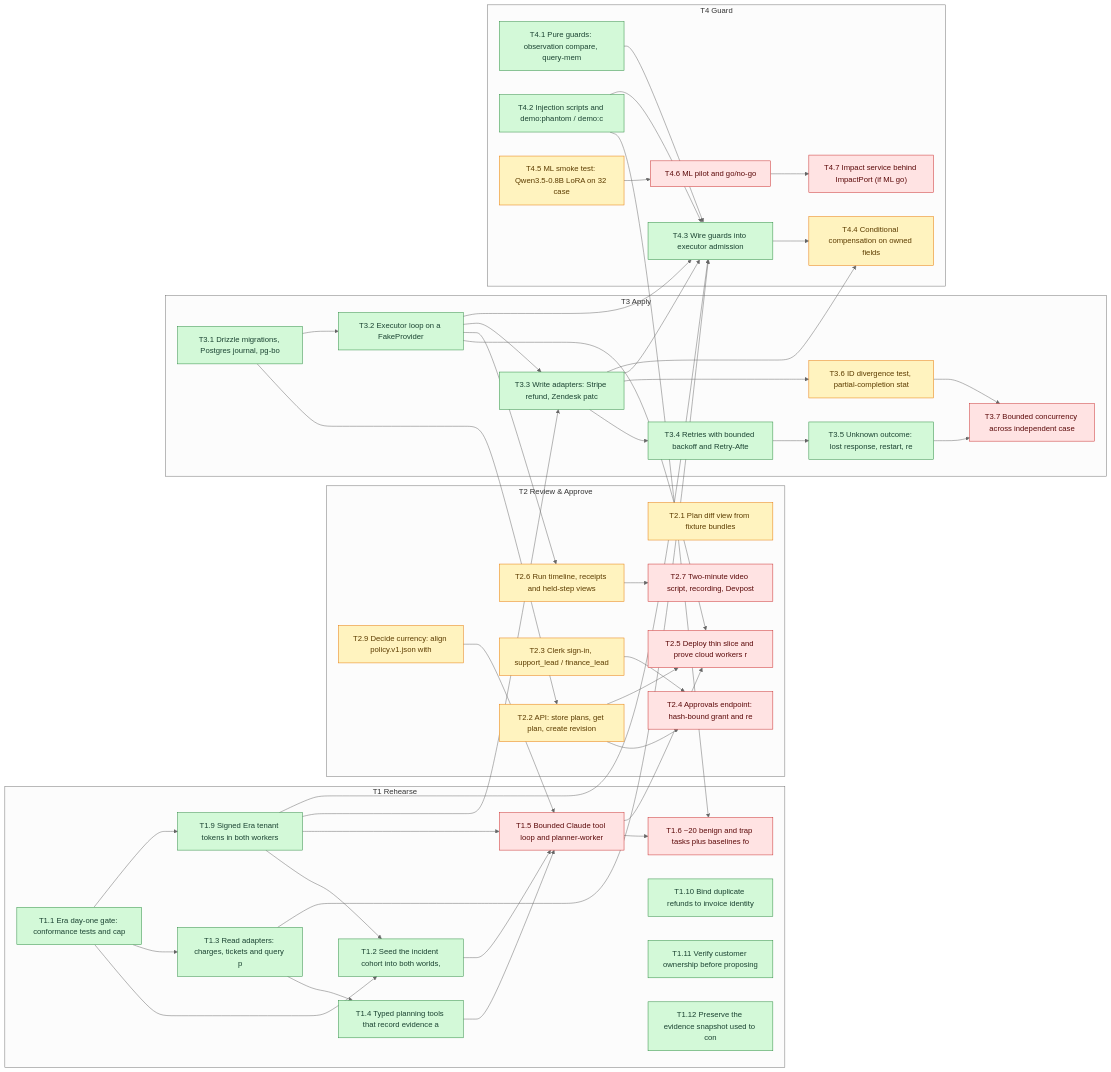
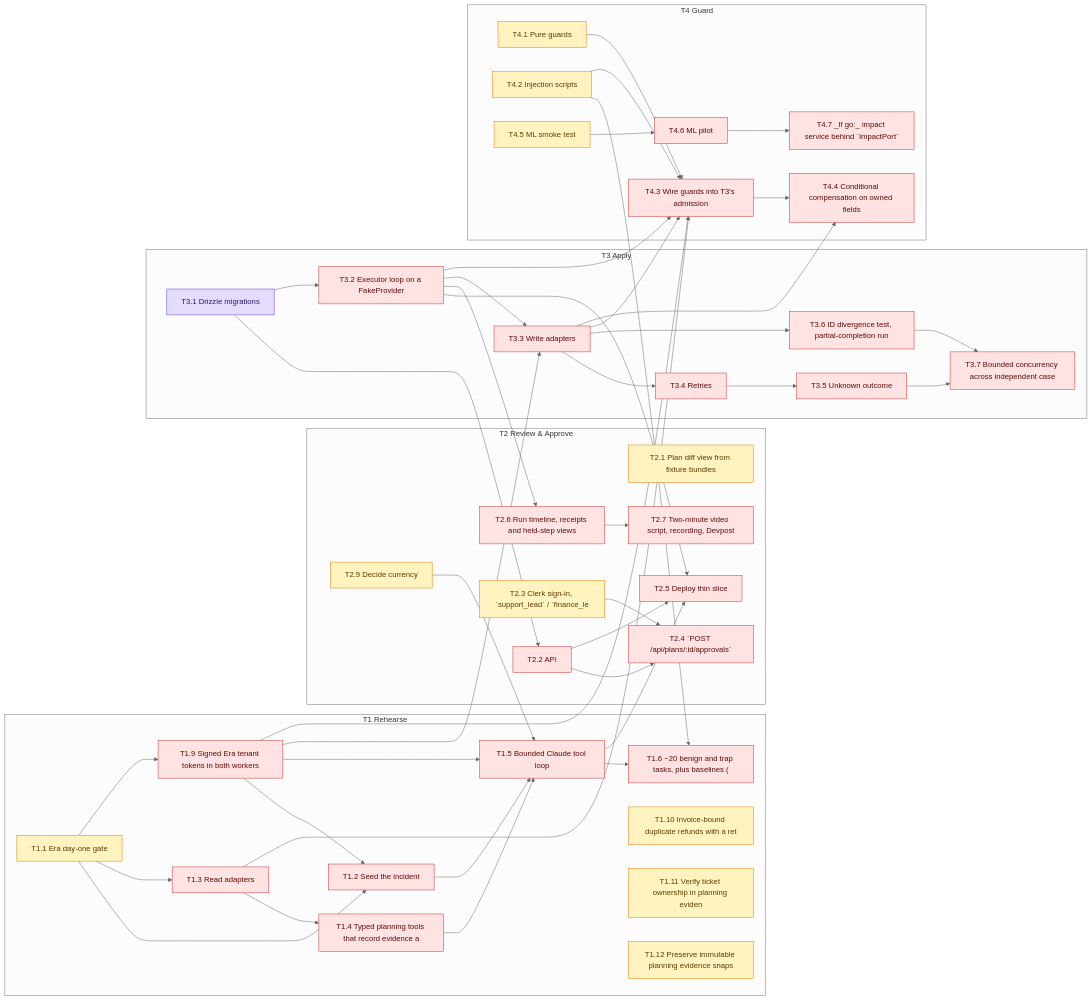
Before and after one commit to SoroushRF/Rehearsal: the diagram in BLOCKERS.md, drawn with Mermaid (neutral theme). The commit also changed other lines of this file, not shown here.

```diff
--- a/BLOCKERS.md
+++ b/BLOCKERS.md
@@ -92,44 +92,44 @@
   classDef ready fill:#fff3bf,stroke:#e67700,color:#5c3c00
   classDef blocked fill:#ffe3e3,stroke:#c92a2a,color:#5c0a0a
   subgraph T1[T1 Rehearse]
-    T1_1["T1.1 Era day-one gate: conformance tests and cap"]:::done
-    T1_2["T1.2 Seed the incident cohort into both worlds, "]:::done
-    T1_3["T1.3 Read adapters: charges, tickets and query p"]:::done
-    T1_4["T1.4 Typed planning tools that record evidence a"]:::done
-    T1_5["T1.5 Bounded Claude tool loop and planner-worker"]:::blocked
-    T1_6["T1.6 ~20 benign and trap tasks plus baselines fo"]:::blocked
-    T1_9["T1.9 Signed Era tenant tokens in both workers"]:::done
-    T1_10["T1.10 Bind duplicate refunds to invoice identity"]:::done
-    T1_11["T1.11 Verify customer ownership before proposing"]:::done
-    T1_12["T1.12 Preserve the evidence snapshot used to con"]:::done
+    T1_1["T1.1 Era day-one gate"]:::ready
+    T1_2["T1.2 Seed the incident"]:::blocked
+    T1_3["T1.3 Read adapters"]:::blocked
+    T1_4["T1.4 Typed planning tools that record evidence a"]:::blocked
+    T1_5["T1.5 Bounded Claude tool loop"]:::blocked
+    T1_6["T1.6 ~20 benign and trap tasks, plus baselines ("]:::blocked
+    T1_9["T1.9 Signed Era tenant tokens in both workers"]:::blocked
+    T1_10["T1.10 Invoice-bound duplicate refunds with a ret"]:::ready
+    T1_11["T1.11 Verify ticket ownership in planning eviden"]:::ready
+    T1_12["T1.12 Preserve immutable planning evidence snaps"]:::ready
   end
   subgraph T2[T2 Review & Approve]
     T2_1["T2.1 Plan diff view from fixture bundles"]:::ready
-    T2_2["T2.2 API: store plans, get plan, create revision"]:::ready
-    T2_3["T2.3 Clerk sign-in, support_lead / finance_lead "]:::ready
-    T2_4["T2.4 Approvals endpoint: hash-bound grant and re"]:::blocked
-    T2_5["T2.5 Deploy thin slice and prove cloud workers r"]:::blocked
-    T2_6["T2.6 Run timeline, receipts and held-step views "]:::ready
+    T2_2["T2.2 API"]:::blocked
+    T2_3["T2.3 Clerk sign-in, `support_lead` / `finance_le"]:::ready
+    T2_4["T2.4 `POST /api/plans/:id/approvals`"]:::blocked
+    T2_5["T2.5 Deploy thin slice"]:::blocked
+    T2_6["T2.6 Run timeline, receipts and held-step views "]:::blocked
     T2_7["T2.7 Two-minute video script, recording, Devpost"]:::blocked
-    T2_9["T2.9 Decide currency: align policy.v1.json with "]:::ready
+    T2_9["T2.9 Decide currency"]:::ready
   end
   subgraph T3[T3 Apply]
-    T3_1["T3.1 Drizzle migrations, Postgres journal, pg-bo"]:::done
-    T3_2["T3.2 Executor loop on a FakeProvider"]:::done
-    T3_3["T3.3 Write adapters: Stripe refund, Zendesk patc"]:::done
-    T3_4["T3.4 Retries with bounded backoff and Retry-Afte"]:::done
-    T3_5["T3.5 Unknown outcome: lost response, restart, re"]:::done
-    T3_6["T3.6 ID divergence test, partial-completion stat"]:::ready
+    T3_1["T3.1 Drizzle migrations"]:::progress
+    T3_2["T3.2 Executor loop on a FakeProvider"]:::blocked
+    T3_3["T3.3 Write adapters"]:::blocked
+    T3_4["T3.4 Retries"]:::blocked
+    T3_5["T3.5 Unknown outcome"]:::blocked
+    T3_6["T3.6 ID divergence test, partial-completion run "]:::blocked
     T3_7["T3.7 Bounded concurrency across independent case"]:::blocked
   end
   subgraph T4[T4 Guard]
-    T4_1["T4.1 Pure guards: observation compare, query-mem"]:::done
-    T4_2["T4.2 Injection scripts and demo:phantom / demo:c"]:::done
-    T4_3["T4.3 Wire guards into executor admission"]:::done
-    T4_4["T4.4 Conditional compensation on owned fields"]:::ready
-    T4_5["T4.5 ML smoke test: Qwen3.5-0.8B LoRA on 32 case"]:::ready
-    T4_6["T4.6 ML pilot and go/no-go"]:::blocked
-    T4_7["T4.7 Impact service behind ImpactPort (if ML go)"]:::blocked
+    T4_1["T4.1 Pure guards"]:::ready
+    T4_2["T4.2 Injection scripts"]:::ready
+    T4_3["T4.3 Wire guards into T3's admission"]:::blocked
+    T4_4["T4.4 Conditional compensation on owned fields"]:::blocked
+    T4_5["T4.5 ML smoke test"]:::ready
+    T4_6["T4.6 ML pilot"]:::blocked
+    T4_7["T4.7 _If go:_ impact service behind `ImpactPort`"]:::blocked
   end
   T1_1 --> T1_2
   T1_9 --> T1_2
```
